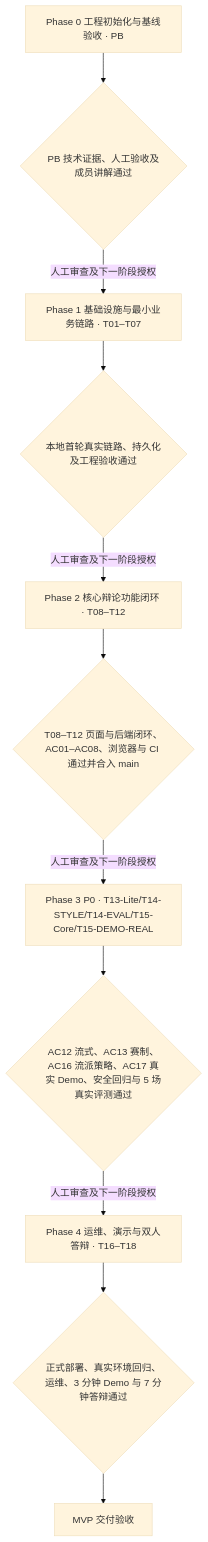
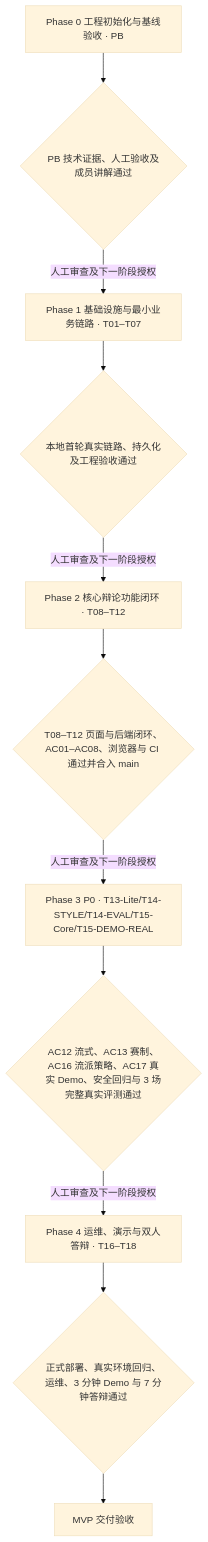
Before and after one commit to bingqilin456/DebateForge: the diagram in docs/planning/PLAN.md, drawn with Mermaid (base theme). The commit also changed other lines of this file and 12 other files, not shown here.

````diff
--- a/docs/planning/PLAN.md
+++ b/docs/planning/PLAN.md
@@ -86,13 +86,13 @@
 ```mermaid
 flowchart TD
     P0["Phase 0 工程初始化与基线验收 · PB"] --> G0{"PB 技术证据、人工验收及成员讲解通过"}
     G0 -->|人工审查及下一阶段授权| P1["Phase 1 基础设施与最小业务链路 · T01–T07"]
     P1 --> G1{"本地首轮真实链路、持久化及工程验收通过"}
     G1 -->|人工审查及下一阶段授权| P2["Phase 2 核心辩论功能闭环 · T08–T12"]
     P2 --> G2{"T08–T12 页面与后端闭环、AC01–AC08、浏览器与 CI 通过并合入 main"}
     G2 -->|人工审查及下一阶段授权| P3["Phase 3 P0 · T13-Lite/T14-STYLE/T14-EVAL/T15-Core/T15-DEMO-REAL"]
-    P3 --> G3{"AC12 流式、AC13 赛制、AC16 流派策略、AC17 真实 Demo、安全回归与 5 场真实评测通过"}
+    P3 --> G3{"AC12 流式、AC13 赛制、AC16 流派策略、AC17 真实 Demo、安全回归与 3 场完整真实评测通过"}
     G3 -->|人工审查及下一阶段授权| P4["Phase 4 运维、演示与双人答辩 · T16–T18"]
     P4 --> G4{"正式部署、真实环境回归、运维、3 分钟 Demo 与 7 分钟答辩通过"}
     G4 --> D["MVP 交付验收"]
 ```
````
